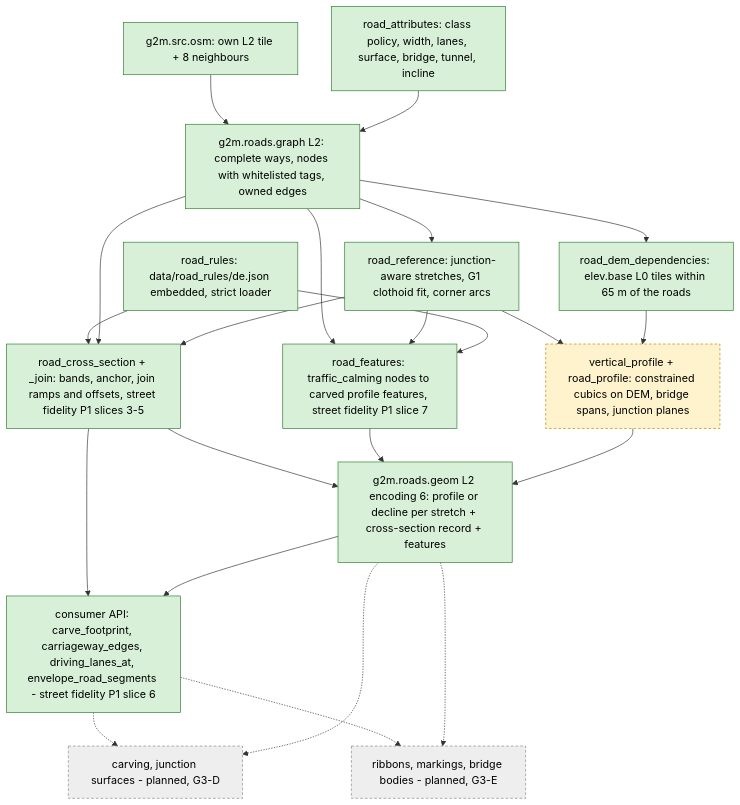
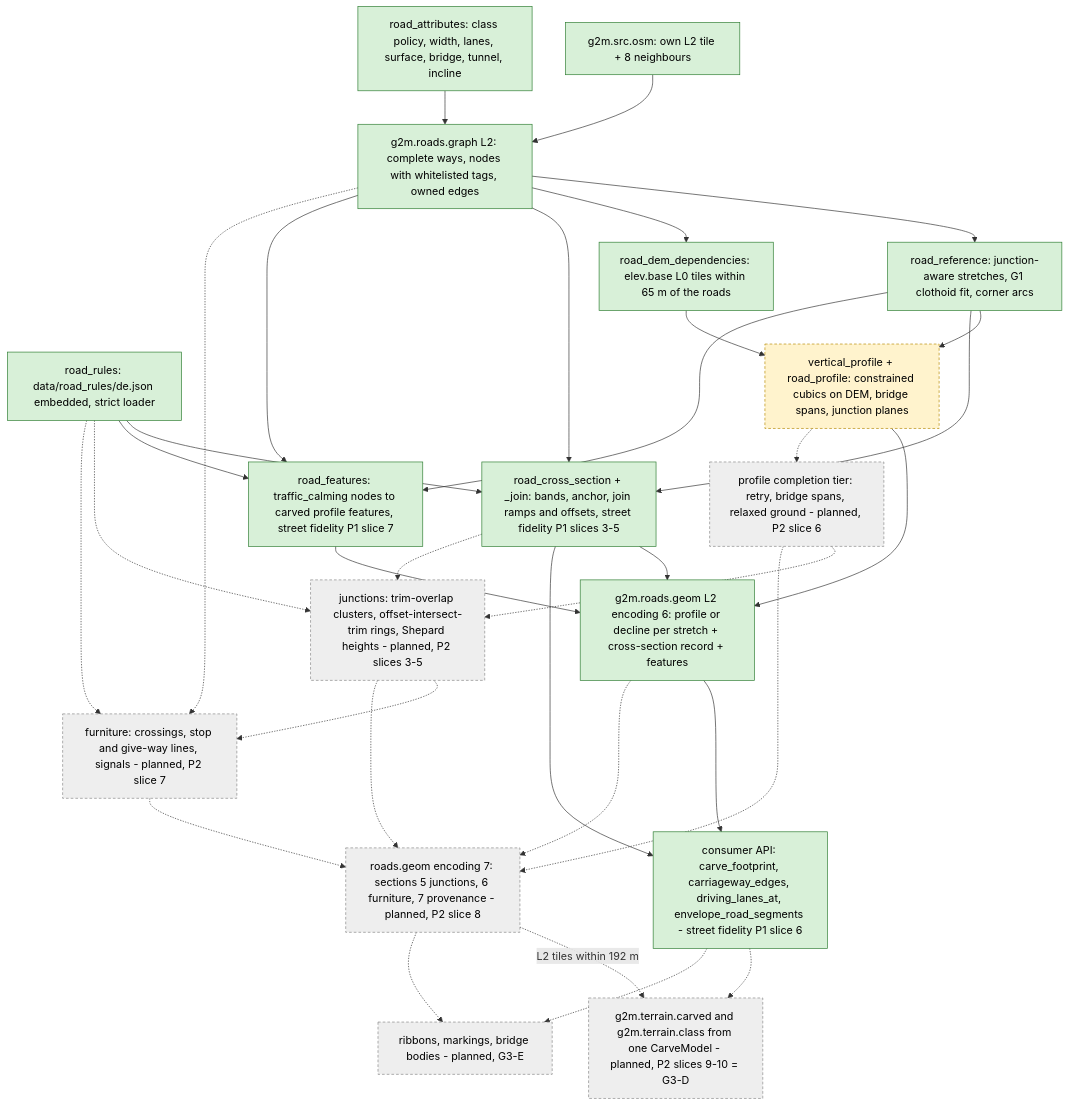
The diagram in docs/pipeline/roads.md (SebastianDanielFrenz/geo2map_engine), drawn with Mermaid before and after one commit. The commit also changed other lines of this file and 2 other files, not shown here.

Commit message:
Street fidelity P2 design: junction surfaces, carving, furniture

````diff
--- a/docs/pipeline/roads.md
+++ b/docs/pipeline/roads.md
@@ -7,41 +7,56 @@
 ```mermaid
 flowchart TD
   OSM9["g2m.src.osm: own L2 tile + 8 neighbours"]
   ATTR["road_attributes: class policy, width, lanes, surface, bridge, tunnel, incline"]
   GRAPH["g2m.roads.graph L2: complete ways, nodes with whitelisted tags, owned edges"]
   RULES["road_rules: data/road_rules/de.json embedded, strict loader"]
   XS["road_cross_section + _join: bands, anchor, join ramps and offsets, street fidelity P1 slices 3-5"]
   API["consumer API: carve_footprint, carriageway_edges, driving_lanes_at, envelope_road_segments - street fidelity P1 slice 6"]
   REF["road_reference: junction-aware stretches, G1 clothoid fit, corner arcs"]
   DEMDEP["road_dem_dependencies: elev.base L0 tiles within 65 m of the roads"]
   PROF["vertical_profile + road_profile: constrained cubics on DEM, bridge spans, junction planes"]
   FEAT["road_features: traffic_calming nodes to carved profile features, street fidelity P1 slice 7"]
   GEOM["g2m.roads.geom L2 encoding 6: profile or decline per stretch + cross-section record + features"]
-  CARVE["carving, junction surfaces - planned, G3-D"]
+  COMPL["profile completion tier: retry, bridge spans, relaxed ground - planned, P2 slice 6"]
+  JUNC["junctions: trim-overlap clusters, offset-intersect-trim rings, Shepard heights - planned, P2 slices 3-5"]
+  FURN["furniture: crossings, stop and give-way lines, signals - planned, P2 slice 7"]
+  GEOM7["roads.geom encoding 7: sections 5 junctions, 6 furniture, 7 provenance - planned, P2 slice 8"]
+  CARVE["g2m.terrain.carved and g2m.terrain.class from one CarveModel - planned, P2 slices 9-10 = G3-D"]
   RIB["ribbons, markings, bridge bodies - planned, G3-E"]
   OSM9 --> GRAPH
   ATTR --> GRAPH
   GRAPH --> REF --> PROF
   GRAPH --> DEMDEP --> PROF
   RULES --> XS
   GRAPH --> XS
   REF --> XS
   XS --> GEOM
   GRAPH --> FEAT
   REF --> FEAT
   RULES --> FEAT
   FEAT --> GEOM
   PROF --> GEOM
   XS --> API
   GEOM --> API
+  PROF -.-> COMPL
+  COMPL -.-> JUNC
+  XS -.-> JUNC
+  RULES -.-> JUNC
+  JUNC -.-> FURN
+  GRAPH -.-> FURN
+  RULES -.-> FURN
+  COMPL -.-> GEOM7
+  JUNC -.-> GEOM7
+  FURN -.-> GEOM7
+  GEOM -.-> GEOM7
+  GEOM7 -.->|"L2 tiles within 192 m"| CARVE
   API -.-> CARVE
   API -.-> RIB
-  GEOM -.-> CARVE
-  GEOM -.-> RIB
+  GEOM7 -.-> RIB
   classDef done fill:#d8f0d8,stroke:#2e7d32,color:#000;
   classDef part fill:#fff3cd,stroke:#b58900,stroke-dasharray:4 3,color:#000;
   classDef plan fill:#eeeeee,stroke:#888888,stroke-dasharray:4 3,color:#000;
   class OSM9,ATTR,GRAPH,REF,DEMDEP,GEOM,RULES,XS,API,FEAT done;
   class PROF part;
-  class CARVE,RIB plan;
+  class COMPL,JUNC,FURN,GEOM7,CARVE,RIB plan;
 ```
````
